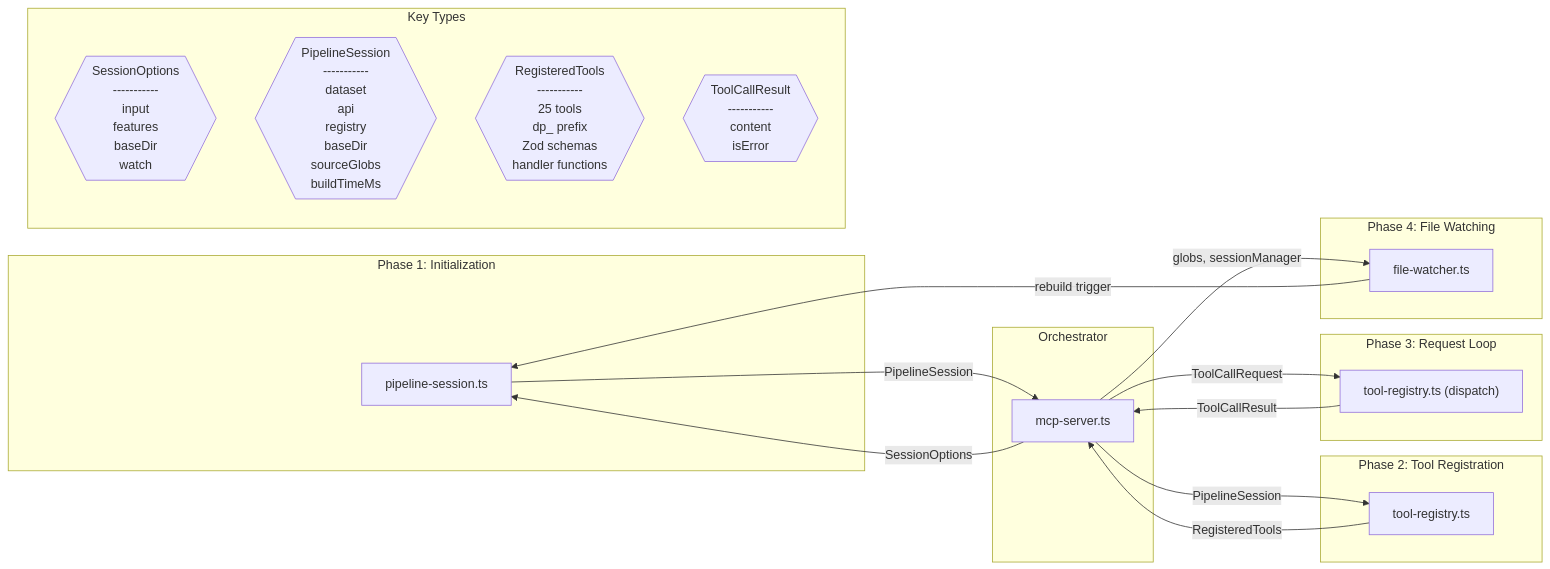
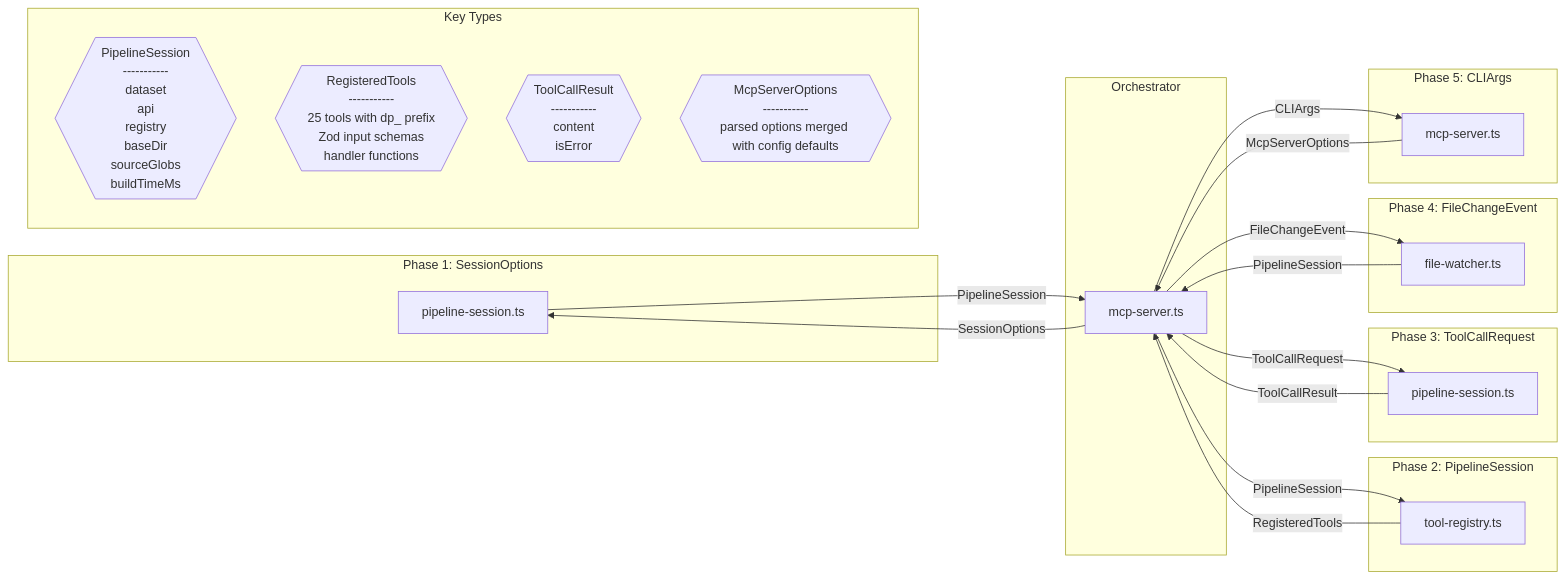
Before and after one commit to libar-dev/architect: the second of 2 diagrams in delivery-process/design-reviews/mcp-server-integration.md, drawn with Mermaid. The commit also changed other lines of this file and 8 other files, not shown here.

First line of the commit message:
fix: resolve remaining PR #37 review threads — version, config fallback, rebuild coalescing, full dp_pattern

````diff
--- a/delivery-process/design-reviews/mcp-server-integration.md
+++ b/delivery-process/design-reviews/mcp-server-integration.md
@@ -107,38 +101,44 @@
 ```mermaid
 graph LR
-    subgraph phase_1["Phase 1: Initialization"]
-        pipeline_session["pipeline-session.ts"]
+    subgraph phase_1["Phase 1: SessionOptions"]
+        phase_1_pipeline_session["pipeline-session.ts"]
     end
 
-    subgraph phase_2["Phase 2: Tool Registration"]
-        tool_registry["tool-registry.ts"]
+    subgraph phase_2["Phase 2: PipelineSession"]
+        phase_2_tool_registry["tool-registry.ts"]
     end
 
-    subgraph phase_3["Phase 3: Request Loop"]
-        tool_registry_dispatch["tool-registry.ts (dispatch)"]
+    subgraph phase_3["Phase 3: ToolCallRequest"]
+        phase_3_pipeline_session["pipeline-session.ts"]
     end
 
-    subgraph phase_4["Phase 4: File Watching"]
-        file_watcher["file-watcher.ts"]
+    subgraph phase_4["Phase 4: FileChangeEvent"]
+        phase_4_file_watcher["file-watcher.ts"]
+    end
+
+    subgraph phase_5["Phase 5: CLIArgs"]
+        phase_5_mcp_server["mcp-server.ts"]
     end
 
     subgraph orchestrator["Orchestrator"]
         mcp_server["mcp-server.ts"]
     end
 
     subgraph types["Key Types"]
-        SessionOptions{{"SessionOptions\n-----------\ninput\nfeatures\nbaseDir\nwatch"}}
         PipelineSession{{"PipelineSession\n-----------\ndataset\napi\nregistry\nbaseDir\nsourceGlobs\nbuildTimeMs"}}
-        RegisteredTools{{"RegisteredTools\n-----------\n25 tools\ndp_ prefix\nZod schemas\nhandler functions"}}
+        RegisteredTools{{"RegisteredTools\n-----------\n25 tools with dp_ prefix\nZod input schemas\nhandler functions"}}
         ToolCallResult{{"ToolCallResult\n-----------\ncontent\nisError"}}
+        McpServerOptions{{"McpServerOptions\n-----------\nparsed options merged with config defaults"}}
     end
 
-    mcp_server -->|"SessionOptions"| pipeline_session
-    pipeline_session -->|"PipelineSession"| mcp_server
-    mcp_server -->|"PipelineSession"| tool_registry
-    tool_registry -->|"RegisteredTools"| mcp_server
-    mcp_server -->|"ToolCallRequest"| tool_registry_dispatch
-    tool_registry_dispatch -->|"ToolCallResult"| mcp_server
-    mcp_server -->|"globs, sessionManager"| file_watcher
-    file_watcher -->|"rebuild trigger"| pipeline_session
+    phase_1_pipeline_session -->|"PipelineSession"| mcp_server
+    phase_2_tool_registry -->|"RegisteredTools"| mcp_server
+    phase_3_pipeline_session -->|"ToolCallResult"| mcp_server
+    phase_4_file_watcher -->|"PipelineSession"| mcp_server
+    phase_5_mcp_server -->|"McpServerOptions"| mcp_server
+    mcp_server -->|"SessionOptions"| phase_1_pipeline_session
+    mcp_server -->|"PipelineSession"| phase_2_tool_registry
+    mcp_server -->|"ToolCallRequest"| phase_3_pipeline_session
+    mcp_server -->|"FileChangeEvent"| phase_4_file_watcher
+    mcp_server -->|"CLIArgs"| phase_5_mcp_server
 ```
````
